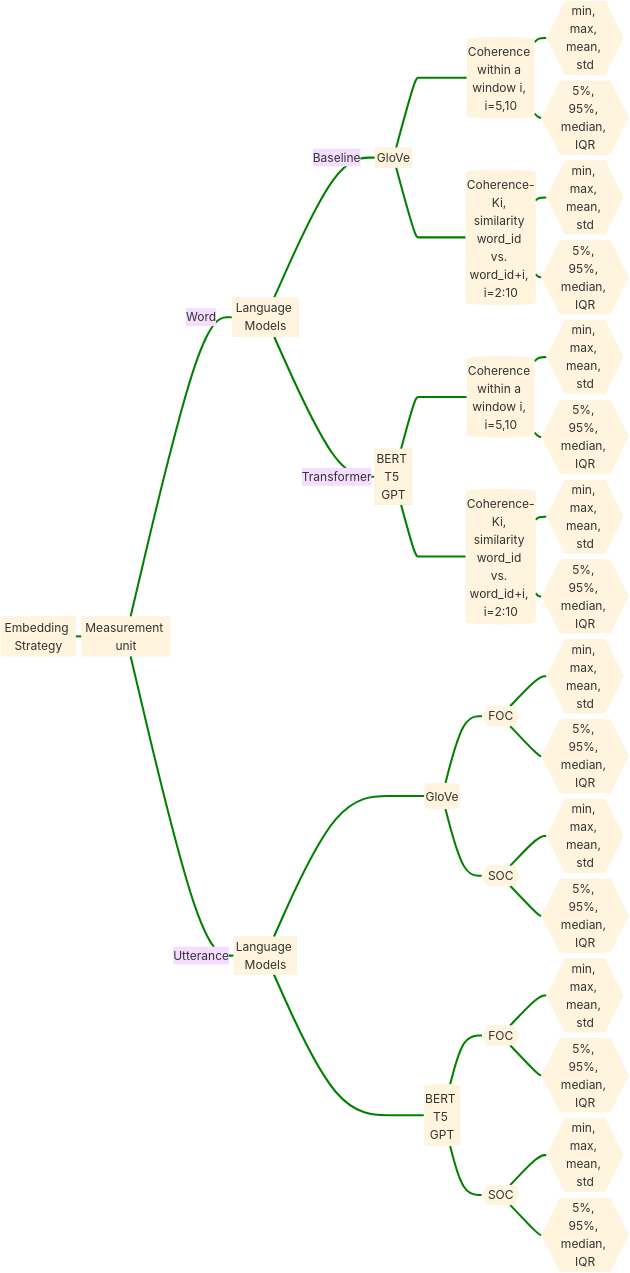
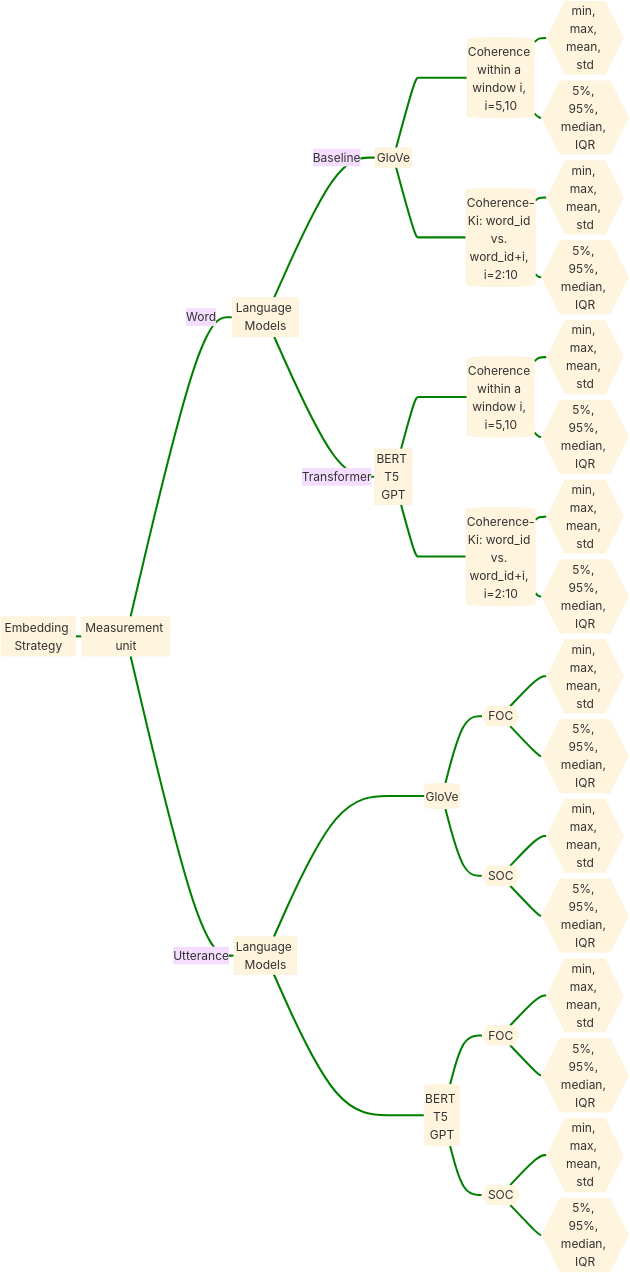
Before and after one commit to yancong222/SSD-LM-STanglab: the first of 2 diagrams in README.md, drawn with Mermaid.

````diff
--- a/README.md
+++ b/README.md
@@ -5,66 +5,66 @@
 ```mermaid
 %%{init: {'theme': 'base', 'themeVariables': { 'fontSize': '100px'}}}%%
 flowchart LR
     A[Embedding Strategy] ==> B[Measurement unit]
     B == Word ==> C[Language Models]
     C == Baseline ==> D[[GloVe]] ====> G[(Coherence within a window i, i=5,10)]
     G ==> J{{min, max, mean, std}}
     G ==> K{{5%, 95%, median, IQR}}
-    D ====> P[(Coherence-Ki, similarity word_id vs. word_id+i, i=2:10)]
+    D ====> P[(Coherence-Ki: word_id vs. word_id+i, i=2:10)]
     P ==> Q{{min, max, mean, std}}
     P ==> R{{5%, 95%, median, IQR}}
     C == Transformer ==> E[[BERT T5 GPT]] ====> H[(Coherence within a window i, i=5,10)]
     H ==> L{{min, max, mean, std}}
     H ==> M{{5%, 95%, median, IQR}}
-    E ====> S[(Coherence-Ki, similarity word_id vs. word_id+i, i=2:10)]
+    E ====> S[(Coherence-Ki: word_id vs. word_id+i, i=2:10)]
     S ==> T{{min, max, mean, std}}
     S ==> U{{5%, 95%, median, IQR}}
     B == Utterance ==> F[[Language Models]] ====> I[(GloVe)]
     I ==> N{{FOC}}
     I ==> O{{SOC}}
     N ==> a{{min, max, mean, std}}
     N ==> b{{5%, 95%, median, IQR}}
     O ==> c{{min, max, mean, std}}
     O ==> d{{5%, 95%, median, IQR}}
     F ====> V[(BERT T5 GPT)]
     V ==> W{{FOC}}
     V ==> X{{SOC}}
     W ==> e{{min, max, mean, std}}
     W ==> f{{5%, 95%, median, IQR}}
     X ==> g{{min, max, mean, std}}
     X ==> h{{5%, 95%, median, IQR}}
     
     
     linkStyle 0 stroke-width:17px,fill:none,stroke:green;
     linkStyle 1 stroke-width:17px,fill:none,stroke:green;
     linkStyle 2 stroke-width:17px,fill:none,stroke:green;
     linkStyle 3 stroke-width:17px,fill:none,stroke:green;
     linkStyle 4 stroke-width:17px,fill:none,stroke:green;
     linkStyle 5 stroke-width:17px,fill:none,stroke:green;
     linkStyle 6 stroke-width:17px,fill:none,stroke:green;
     linkStyle 7 stroke-width:17px,fill:none,stroke:green;
     linkStyle 8 stroke-width:17px,fill:none,stroke:green;
     linkStyle 9 stroke-width:17px,fill:none,stroke:green;
     linkStyle 10 stroke-width:17px,fill:none,stroke:green;
     linkStyle 11 stroke-width:17px,fill:none,stroke:green;
     linkStyle 12 stroke-width:17px,fill:none,stroke:green;
     linkStyle 13 stroke-width:17px,fill:none,stroke:green;
     linkStyle 14 stroke-width:17px,fill:none,stroke:green;
     linkStyle 15 stroke-width:17px,fill:none,stroke:green;
     linkStyle 16 stroke-width:17px,fill:none,stroke:green;
     linkStyle 17 stroke-width:17px,fill:none,stroke:green;
     linkStyle 18 stroke-width:17px,fill:none,stroke:green;
     linkStyle 19 stroke-width:17px,fill:none,stroke:green;
     linkStyle 20 stroke-width:17px,fill:none,stroke:green;
     linkStyle 21 stroke-width:17px,fill:none,stroke:green;
     linkStyle 22 stroke-width:17px,fill:none,stroke:green;
     linkStyle 23 stroke-width:17px,fill:none,stroke:green;
     linkStyle 24 stroke-width:17px,fill:none,stroke:green;
     linkStyle 25 stroke-width:17px,fill:none,stroke:green;
     linkStyle 26 stroke-width:17px,fill:none,stroke:green;
     linkStyle 27 stroke-width:17px,fill:none,stroke:green;
     linkStyle 28 stroke-width:17px,fill:none,stroke:green;
     linkStyle 29 stroke-width:17px,fill:none,stroke:green;
     linkStyle 30 stroke-width:17px,fill:none,stroke:green;
     
 ```
````
